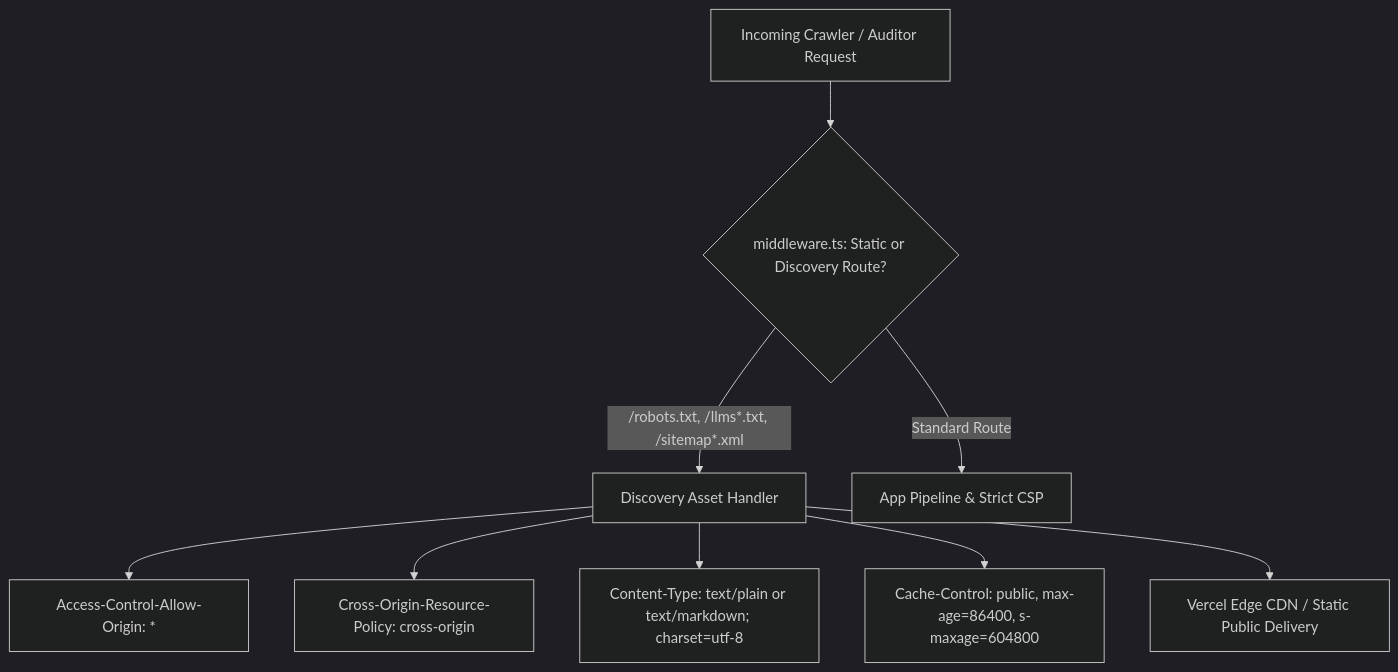
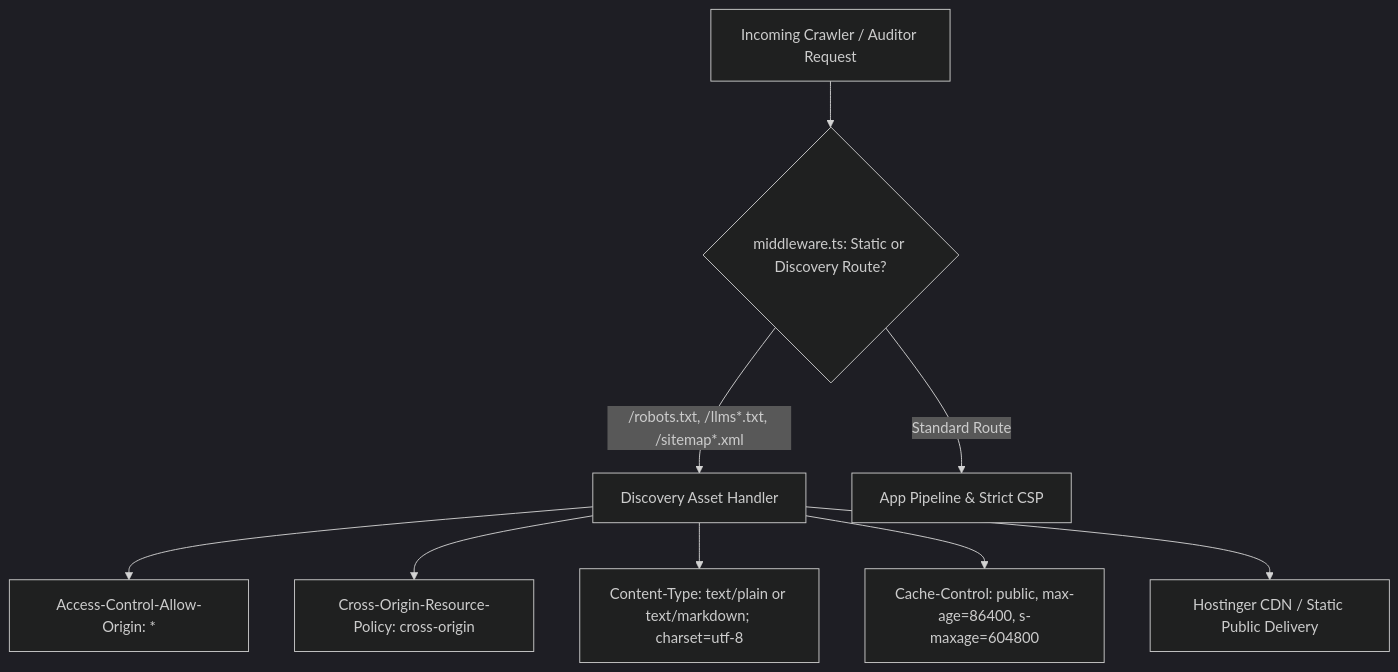
The diagram in design_draft.md (Omar-Akhji/AmsirarTrip-Enhanced), drawn with Mermaid (dark theme) before and after one commit. The commit also changed 37 other files, not shown here.

````diff
--- a/design_draft.md
+++ b/design_draft.md
@@ -36,13 +36,13 @@
 ```mermaid
 flowchart TD
     Req[Incoming Crawler / Auditor Request] --> MW{middleware.ts: Static or Discovery Route?}
     MW -->|/robots.txt, /llms*.txt, /sitemap*.xml| Disc[Discovery Asset Handler]
     MW -->|Standard Route| App[App Pipeline & Strict CSP]
 
     Disc --> H1[Access-Control-Allow-Origin: *]
     Disc --> H2[Cross-Origin-Resource-Policy: cross-origin]
     Disc --> H3[Content-Type: text/plain or text/markdown; charset=utf-8]
     Disc --> H4[Cache-Control: public, max-age=86400, s-maxage=604800]
 
-    Disc --> Edge[Vercel Edge CDN / Static Public Delivery]
+    Disc --> Edge[Hostinger CDN / Static Public Delivery]
 ```
````
